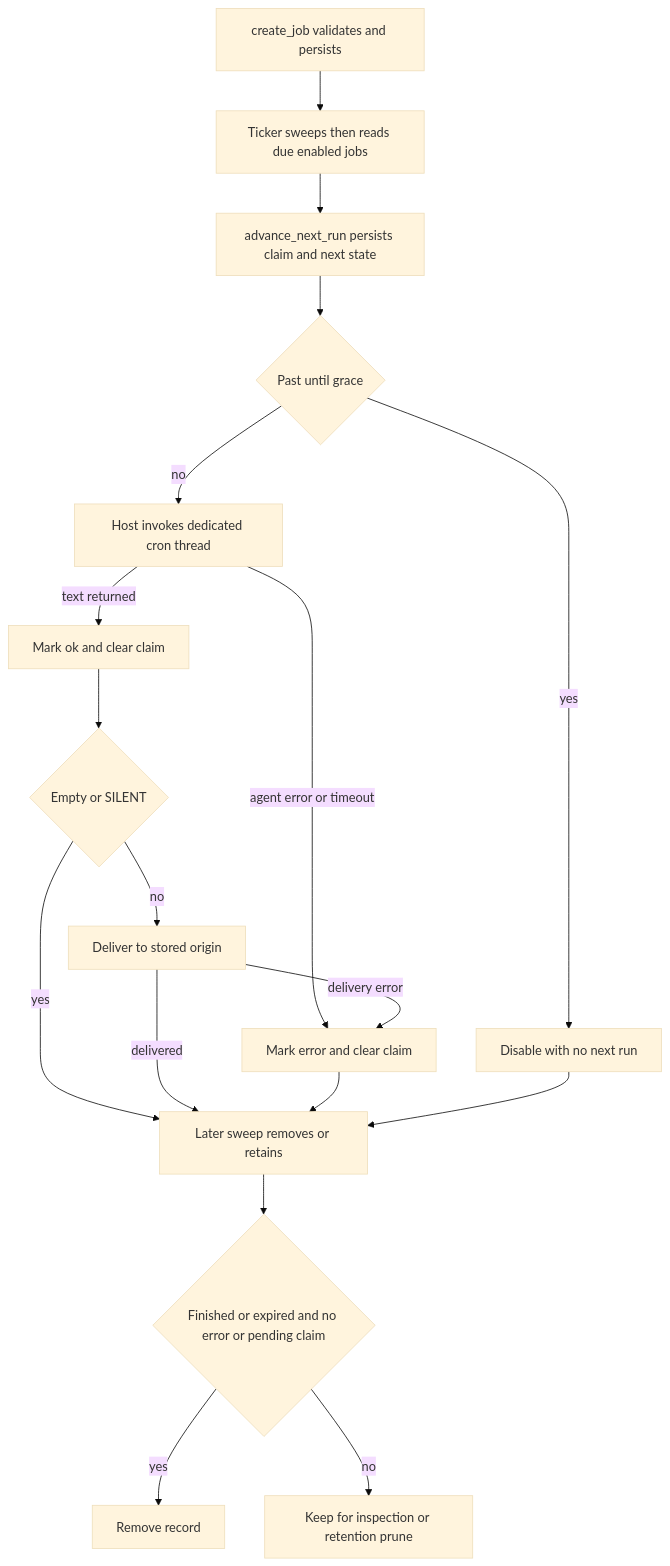
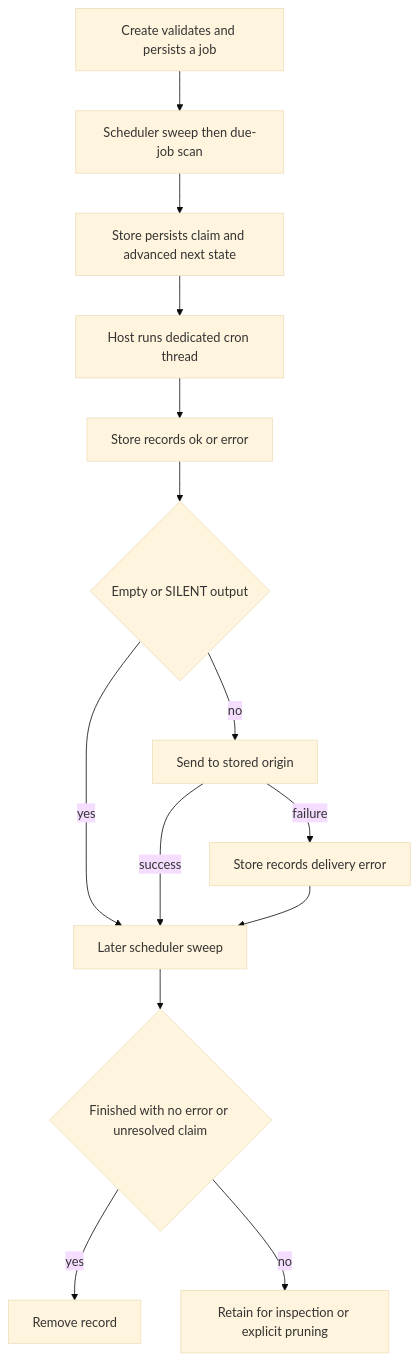
One commit to langchain-ai/deepagents changed the diagram in openwiki/concepts/talon-scheduling.md. Above: the diagram before and after it, drawn with Mermaid (base theme). The commit also changed other lines of this file and 28 other files, not shown here.

````diff
--- a/openwiki/concepts/talon-scheduling.md
+++ b/openwiki/concepts/talon-scheduling.md
@@ -103,20 +78,16 @@
 ```mermaid
 flowchart TD
-    Create["create_job validates and persists"] --> Due["Ticker sweeps then reads due enabled jobs"]
-    Due --> Claim["advance_next_run persists claim and next state"]
-    Claim --> Expired{"Past until grace"}
-    Expired -->|"yes"| Finish["Disable with no next run"]
-    Expired -->|"no"| Run["Host invokes dedicated cron thread"]
-    Run -->|"agent error or timeout"| MarkError["Mark error and clear claim"]
-    Run -->|"text returned"| MarkOK["Mark ok and clear claim"]
-    MarkOK --> Silent{"Empty or SILENT"}
-    Silent -->|"yes"| Sweep["Later sweep removes or retains"]
-    Silent -->|"no"| Deliver["Deliver to stored origin"]
-    Deliver -->|"delivery error"| MarkError
-    Deliver -->|"delivered"| Sweep
-    MarkError --> Sweep
-    Finish --> Sweep
-    Sweep --> Remove{"Finished or expired and no error or pending claim"}
+    Create["Create validates and persists a job"] --> Scan["Scheduler sweep then due-job scan"]
+    Scan --> Claim["Store persists claim and advanced next state"]
+    Claim --> Run["Host runs dedicated cron thread"]
+    Run --> Outcome["Store records ok or error"]
+    Outcome --> Silent{"Empty or SILENT output"}
+    Silent -->|"yes"| Sweep["Later scheduler sweep"]
+    Silent -->|"no"| Deliver["Send to stored origin"]
+    Deliver -->|"failure"| Error["Store records delivery error"]
+    Deliver -->|"success"| Sweep
+    Error --> Sweep
+    Sweep --> Remove{"Finished with no error or unresolved claim"}
     Remove -->|"yes"| Deleted["Remove record"]
-    Remove -->|"no"| Retain["Keep for inspection or retention prune"]
+    Remove -->|"no"| Retained["Retain for inspection or explicit pruning"]
 ```
````
